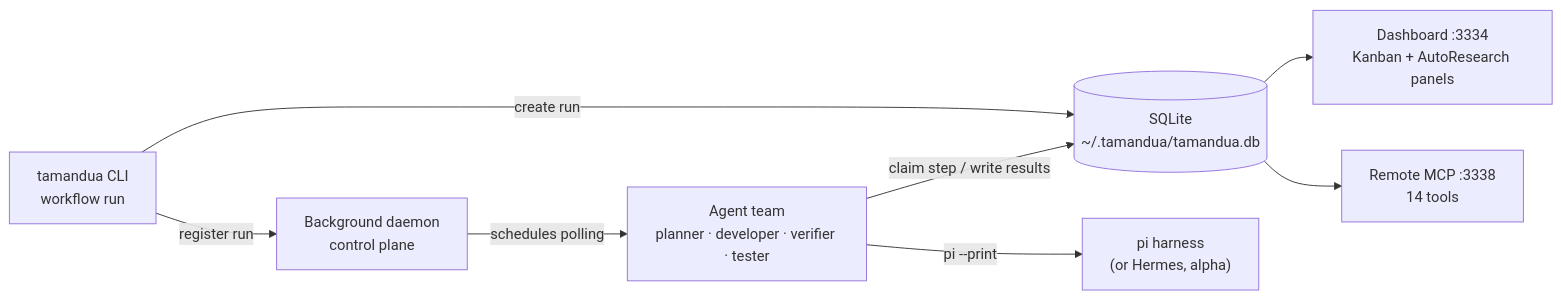
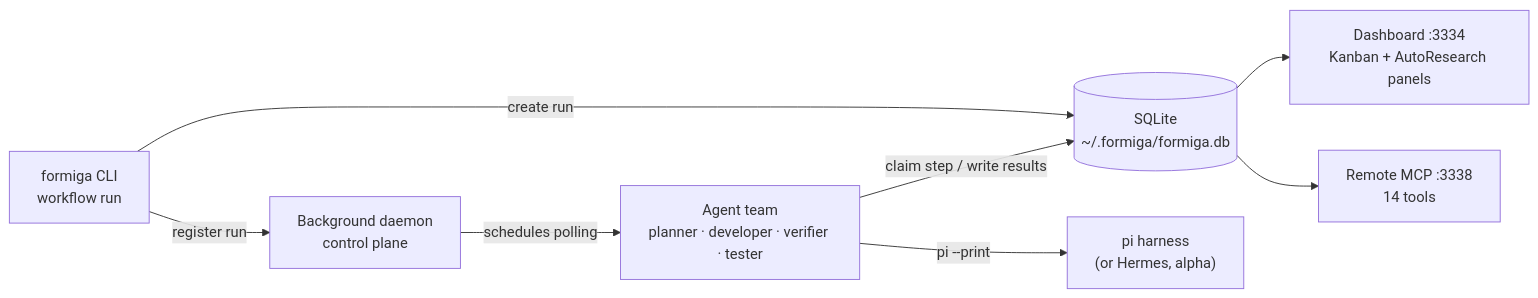
The diagram in README.md (PJarbas/formiga), drawn with Mermaid before and after one commit. The commit also changed other lines of this file and 142 other files, not shown here.

First line of the commit message:
refactor: rename tamandua → formiga (Branch 2)

````diff
--- a/README.md
+++ b/README.md
@@ -242,10 +242,10 @@
 ```mermaid
 flowchart LR
-    CLI["tamandua CLI<br/>workflow run"] -->|create run| DB[("SQLite<br/>~/.tamandua/tamandua.db")]
+    CLI["formiga CLI<br/>workflow run"] -->|create run| DB[("SQLite<br/>~/.formiga/formiga.db")]
     CLI -->|register run| Daemon["Background daemon<br/>control plane"]
     Daemon -->|schedules polling| Agents["Agent team<br/>planner · developer · verifier · tester"]
     Agents -->|"pi --print"| Harness["pi harness<br/>(or Hermes, alpha)"]
     Agents -->|claim step / write results| DB
     DB --> Dashboard["Dashboard :3334<br/>Kanban + AutoResearch panels"]
     DB --> MCP["Remote MCP :3338<br/>14 tools"]
 ```
````
